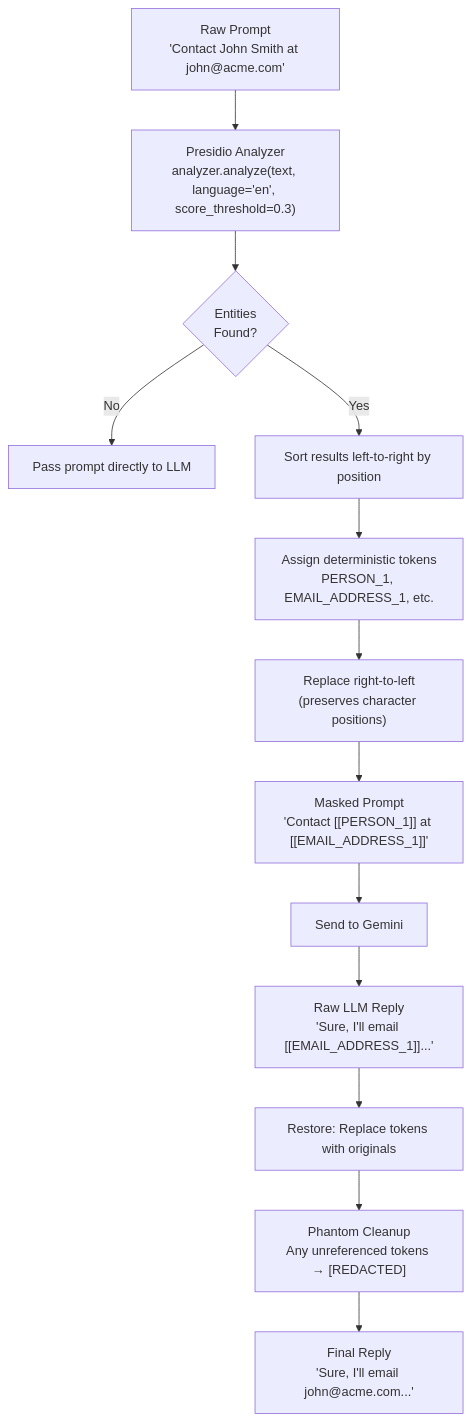
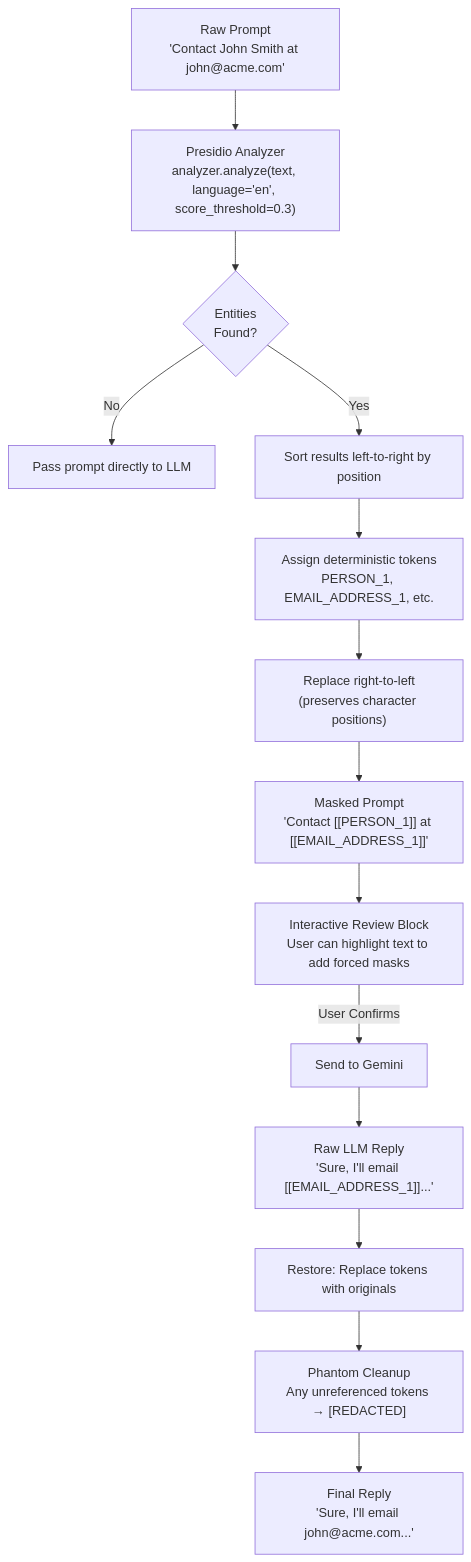
The third of 6 diagrams in README.md (Adiladnan321/sentinalproxy), drawn with Mermaid before and after one commit. The commit also changed other lines of this file and 5 other files, not shown here.

````diff
--- a/README.md
+++ b/README.md
@@ -134,22 +134,22 @@
 ```mermaid
 flowchart TD
     A[" Raw Prompt<br/>'Contact John Smith at john@acme.com'"] --> B
 
     B[" Presidio Analyzer<br/>analyzer.analyze(text, language='en', score_threshold=0.3)"] --> C
 
     C{"Entities<br/>Found?"}
     C -->|No| D[" Pass prompt directly to LLM"]
     C -->|Yes| E["Sort results left-to-right by position"]
 
     E --> F[" Assign deterministic tokens<br/>PERSON_1, EMAIL_ADDRESS_1, etc."]
     F --> G[" Replace right-to-left<br/>(preserves character positions)"]
     G --> H[" Masked Prompt<br/>'Contact [[PERSON_1]] at [[EMAIL_ADDRESS_1]]'"]
 
-    H --> I[" Send to Gemini"]
-    I --> J["Raw LLM Reply<br/>'Sure, I'll email [[EMAIL_ADDRESS_1]]...'"]
-    J --> K[" Restore: Replace tokens with originals"]
-    K --> L[" Phantom Cleanup<br/>Any unreferenced tokens → [REDACTED]"]
-    L --> M[" Final Reply<br/>'Sure, I'll email john@acme.com...'"]
-
+    H --> I[" Interactive Review Block<br/>User can highlight text to add forced masks"]
+    I -->|User Confirms| J[" Send to Gemini"]
+    J --> K["Raw LLM Reply<br/>'Sure, I'll email [[EMAIL_ADDRESS_1]]...'"]
+    K --> L[" Restore: Replace tokens with originals"]
+    L --> M[" Phantom Cleanup<br/>Any unreferenced tokens → [REDACTED]"]
+    M --> N[" Final Reply<br/>'Sure, I'll email john@acme.com...'"]
 
 ```
````
